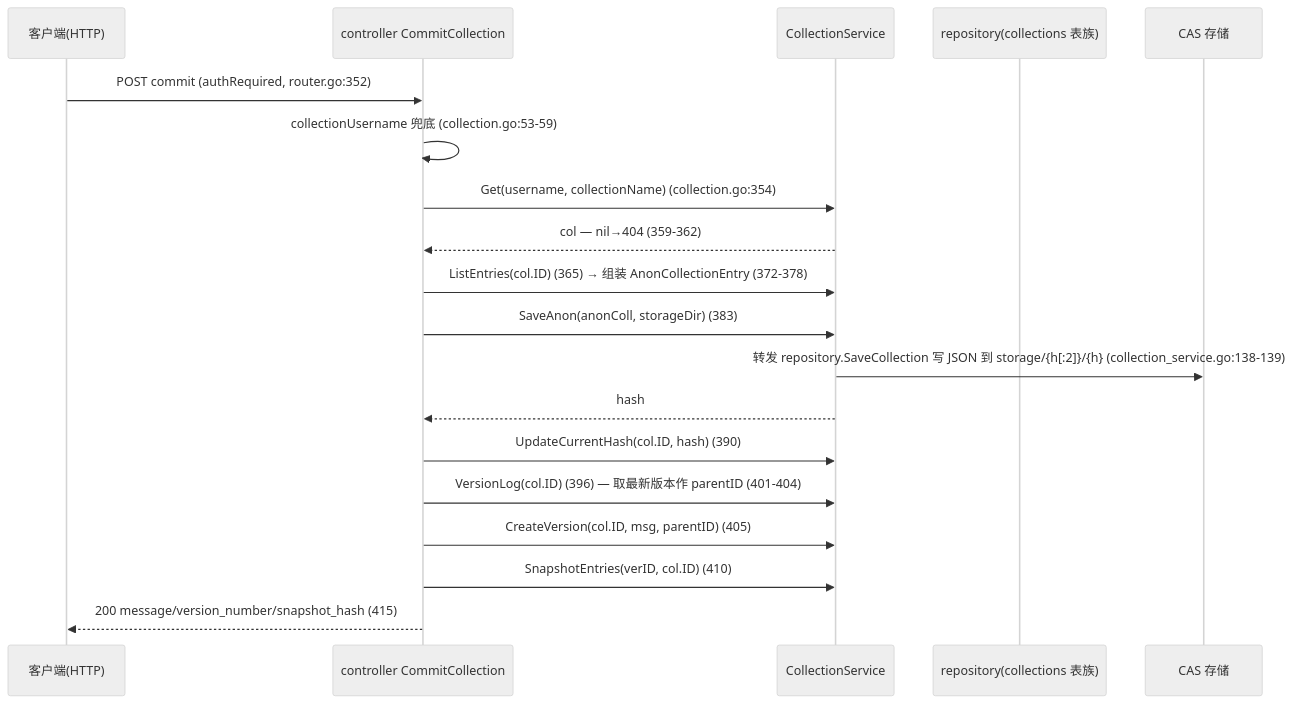
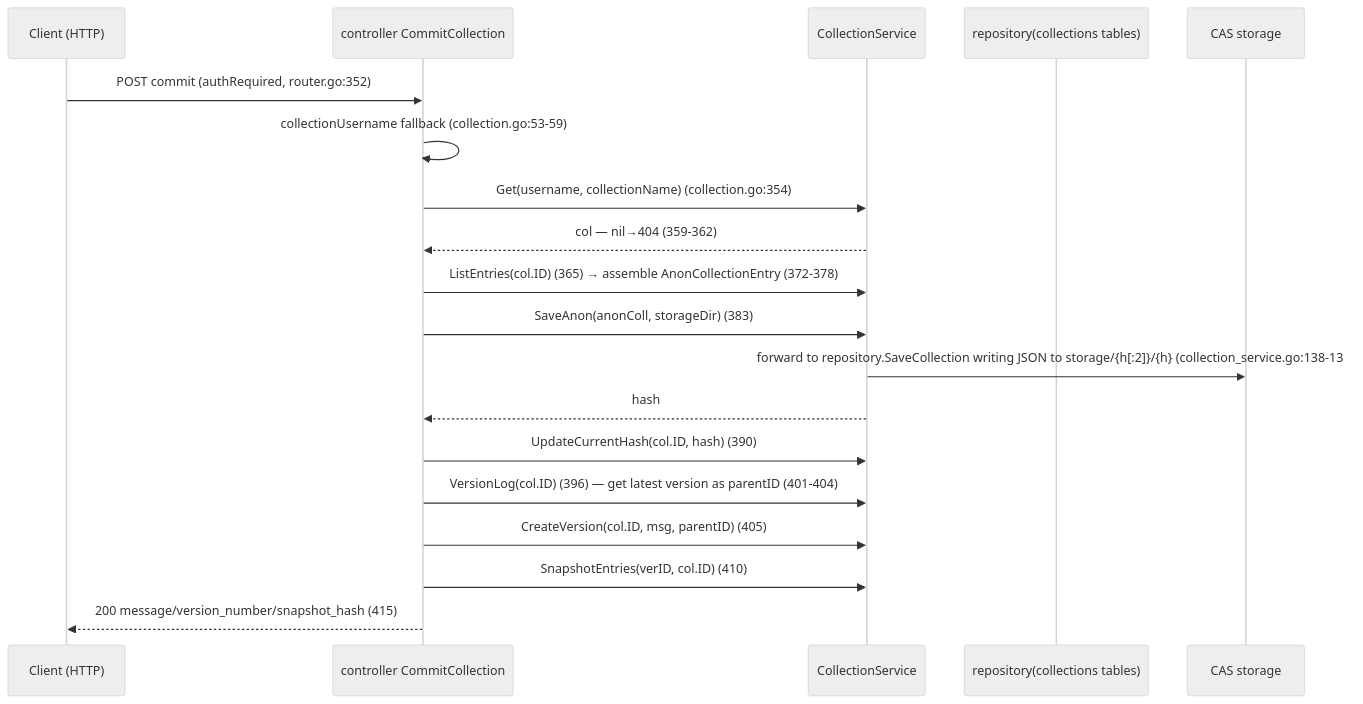
Before and after one commit to Hana-ame/peerdrive: the second of 3 diagrams in doc/design/connections/03-controller-service.md, drawn with Mermaid (neutral theme). The commit also changed other lines of this file and 357 other files, not shown here.

````diff
--- a/doc/design/connections/03-controller-service.md
+++ b/doc/design/connections/03-controller-service.md
@@ -115,22 +115,22 @@
 ```mermaid
 sequenceDiagram
-  participant C as 客户端(HTTP)
+  participant C as Client (HTTP)
   participant K as controller CommitCollection
   participant S as CollectionService
-  participant R as repository(collections 表族)
-  participant FS as CAS 存储
+  participant R as repository(collections tables)
+  participant FS as CAS storage
 
   C->>K: POST commit (authRequired, router.go:352)
-  K->>K: collectionUsername 兜底 (collection.go:53-59)
+  K->>K: collectionUsername fallback (collection.go:53-59)
   K->>S: Get(username, collectionName) (collection.go:354)
   S-->>K: col — nil→404 (359-362)
-  K->>S: ListEntries(col.ID) (365) → 组装 AnonCollectionEntry (372-378)
+  K->>S: ListEntries(col.ID) (365) → assemble AnonCollectionEntry (372-378)
   K->>S: SaveAnon(anonColl, storageDir) (383)
-  S->>FS: 转发 repository.SaveCollection 写 JSON 到 storage/{h[:2]}/{h} (collection_service.go:138-139)
+  S->>FS: forward to repository.SaveCollection writing JSON to storage/{h[:2]}/{h} (collection_service.go:138-139)
   S-->>K: hash
   K->>S: UpdateCurrentHash(col.ID, hash) (390)
-  K->>S: VersionLog(col.ID) (396) — 取最新版本作 parentID (401-404)
+  K->>S: VersionLog(col.ID) (396) — get latest version as parentID (401-404)
   K->>S: CreateVersion(col.ID, msg, parentID) (405)
   K->>S: SnapshotEntries(verID, col.ID) (410)
   K-->>C: 200 message/version_number/snapshot_hash (415)
 ```
````
